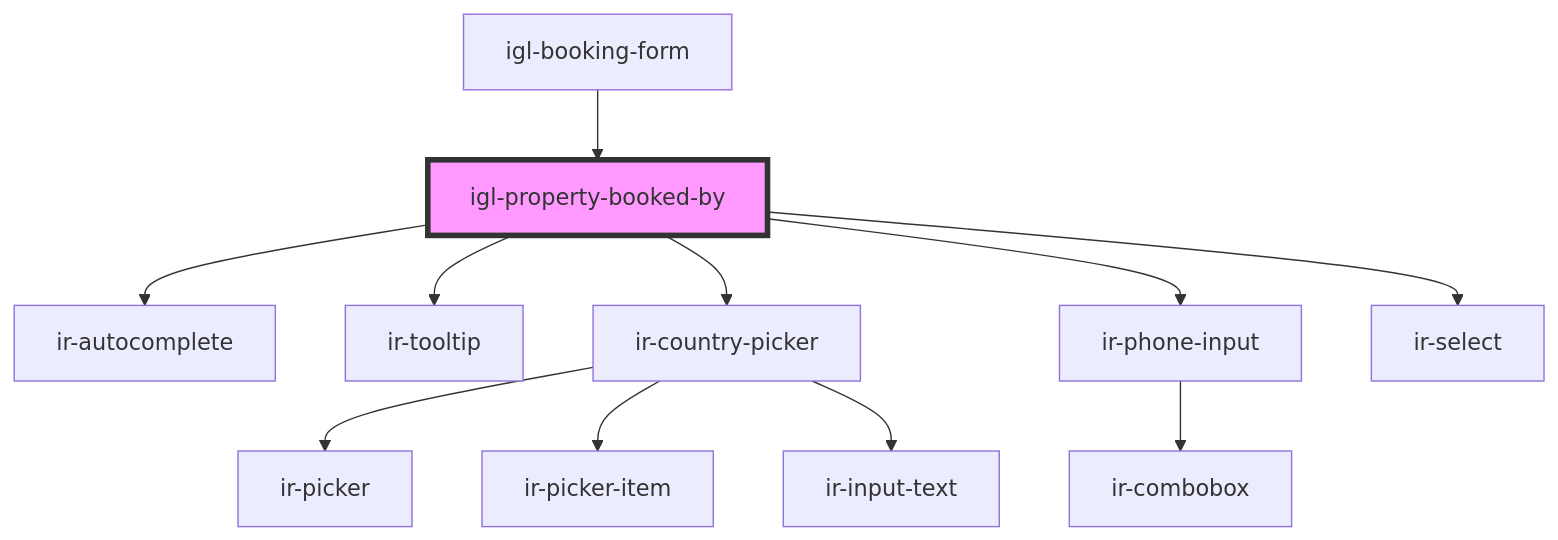
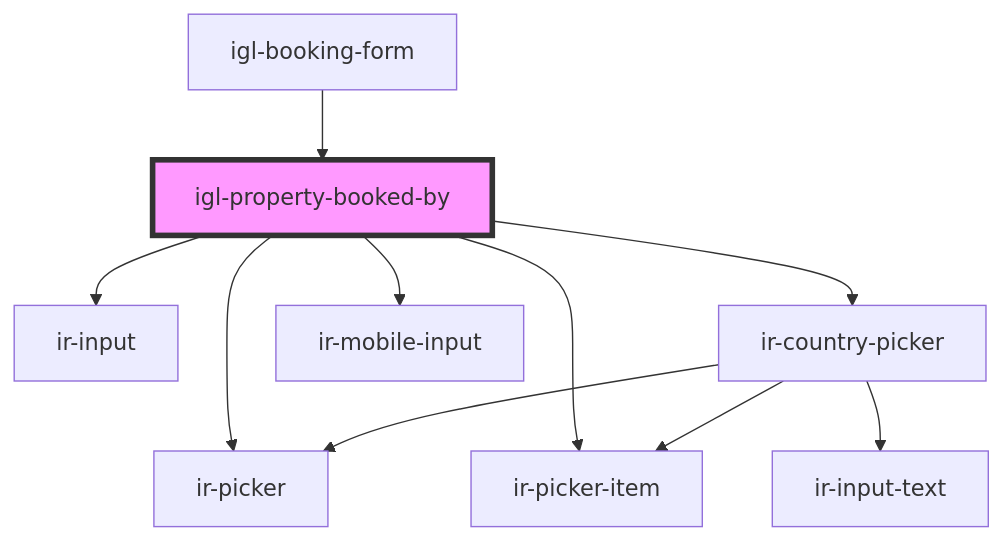
Before and after one commit to David1Chowaifaty/modified-ir-webcmp: the diagram in src/components/igloo-calendar/igl-book-property/igl-booking-form/igl-property-booked-by/readme.md, drawn with Mermaid. The commit also changed other lines of this file and 29 other files, not shown here.

First line of the commit message:
Refactor igl-booking components to enhance input handling and streamline dependencies

````diff
--- a/src/components/igloo-calendar/igl-book-property/igl-booking-form/igl-property-booked-by/readme.md
+++ b/src/components/igloo-calendar/igl-book-property/igl-booking-form/igl-property-booked-by/readme.md
@@ -41,14 +41,13 @@
 ```mermaid
 graph TD;
-  igl-property-booked-by --> ir-autocomplete
-  igl-property-booked-by --> ir-tooltip
+  igl-property-booked-by --> ir-picker
+  igl-property-booked-by --> ir-picker-item
+  igl-property-booked-by --> ir-input
   igl-property-booked-by --> ir-country-picker
-  igl-property-booked-by --> ir-phone-input
-  igl-property-booked-by --> ir-select
+  igl-property-booked-by --> ir-mobile-input
   ir-country-picker --> ir-picker
   ir-country-picker --> ir-picker-item
   ir-country-picker --> ir-input-text
-  ir-phone-input --> ir-combobox
   igl-booking-form --> igl-property-booked-by
   style igl-property-booked-by fill:#f9f,stroke:#333,stroke-width:4px
 ```
````
